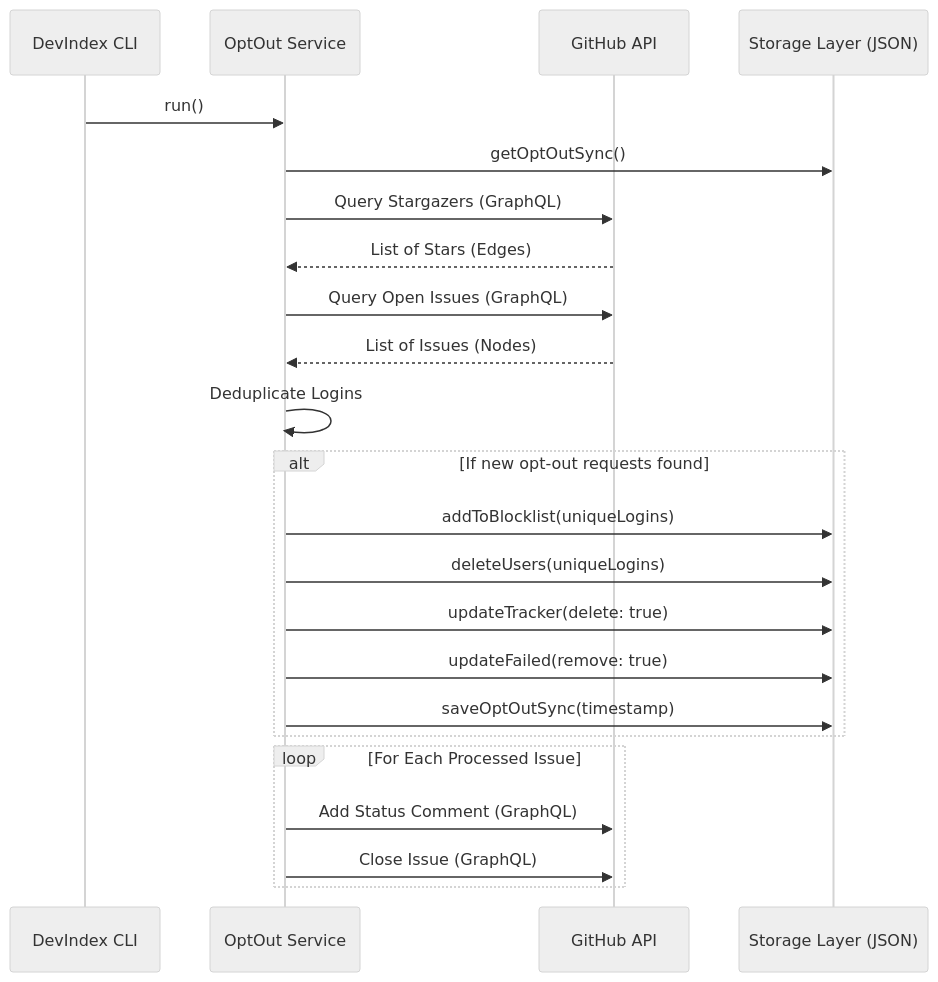
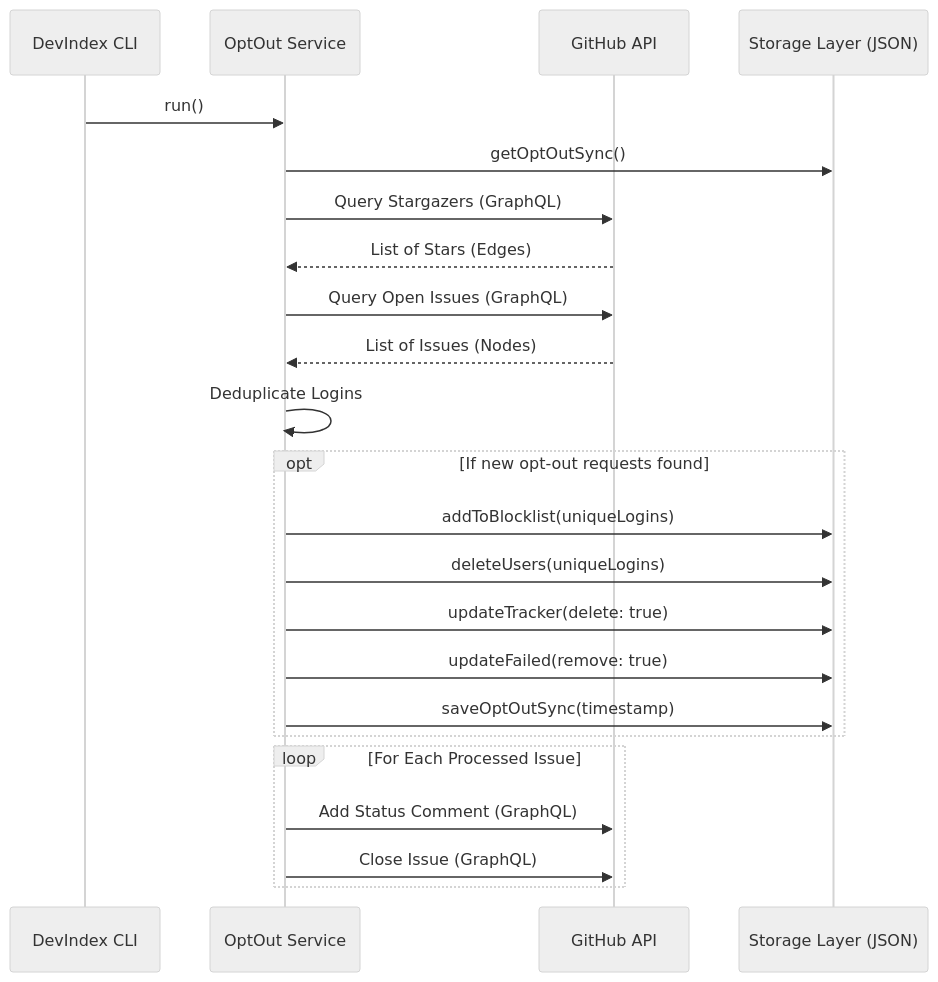
One commit to neomjs/neo changed the diagram in learn/guides/devindex/SpiderOptOut.md. Above: the diagram before and after it, drawn with Mermaid (neutral theme). The commit also changed 1 other file, not shown here.

Commit message:
docs: Change Mermaid 'alt' to 'opt' in Opt-In/Opt-Out guides

````diff
--- a/learn/guides/devindex/SpiderOptOut.md
+++ b/learn/guides/devindex/SpiderOptOut.md
@@ -15,30 +15,30 @@
 ```mermaid
 sequenceDiagram
     participant CLI as DevIndex CLI
     participant OptOut as OptOut Service
     participant GitHub as GitHub API
     participant Storage as Storage Layer (JSON)
 
     CLI->>OptOut: run()
     OptOut->>Storage: getOptOutSync()
     OptOut->>GitHub: Query Stargazers (GraphQL)
     GitHub-->>OptOut: List of Stars (Edges)
     
     OptOut->>GitHub: Query Open Issues (GraphQL)
     GitHub-->>OptOut: List of Issues (Nodes)
     
     OptOut->>OptOut: Deduplicate Logins
     
-    alt If new opt-out requests found
+    opt If new opt-out requests found
         OptOut->>Storage: addToBlocklist(uniqueLogins)
         OptOut->>Storage: deleteUsers(uniqueLogins)
         OptOut->>Storage: updateTracker(delete: true)
         OptOut->>Storage: updateFailed(remove: true)
         OptOut->>Storage: saveOptOutSync(timestamp)
     end
     
     loop For Each Processed Issue
         OptOut->>GitHub: Add Status Comment (GraphQL)
         OptOut->>GitHub: Close Issue (GraphQL)
     end
 ```
````
